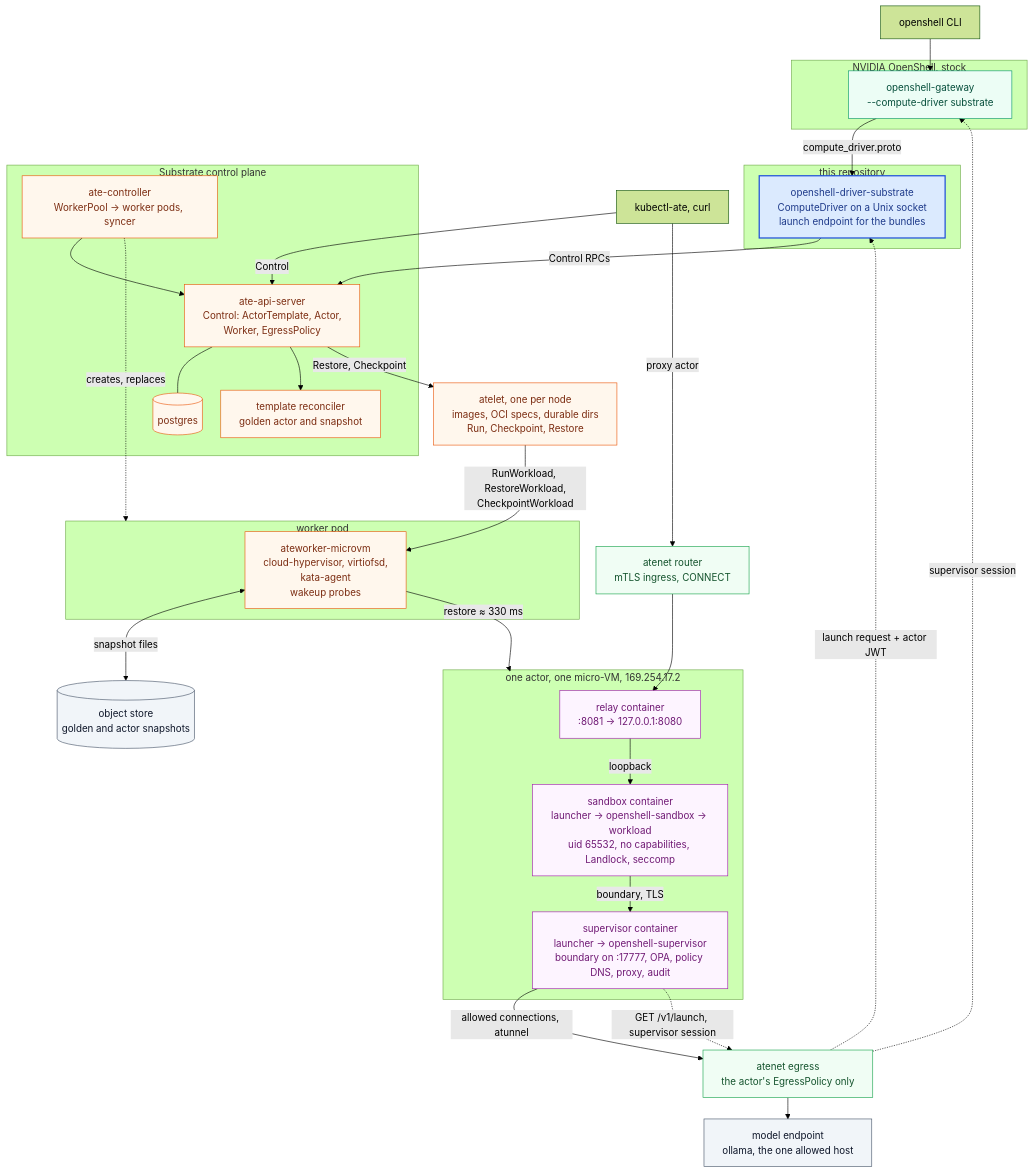
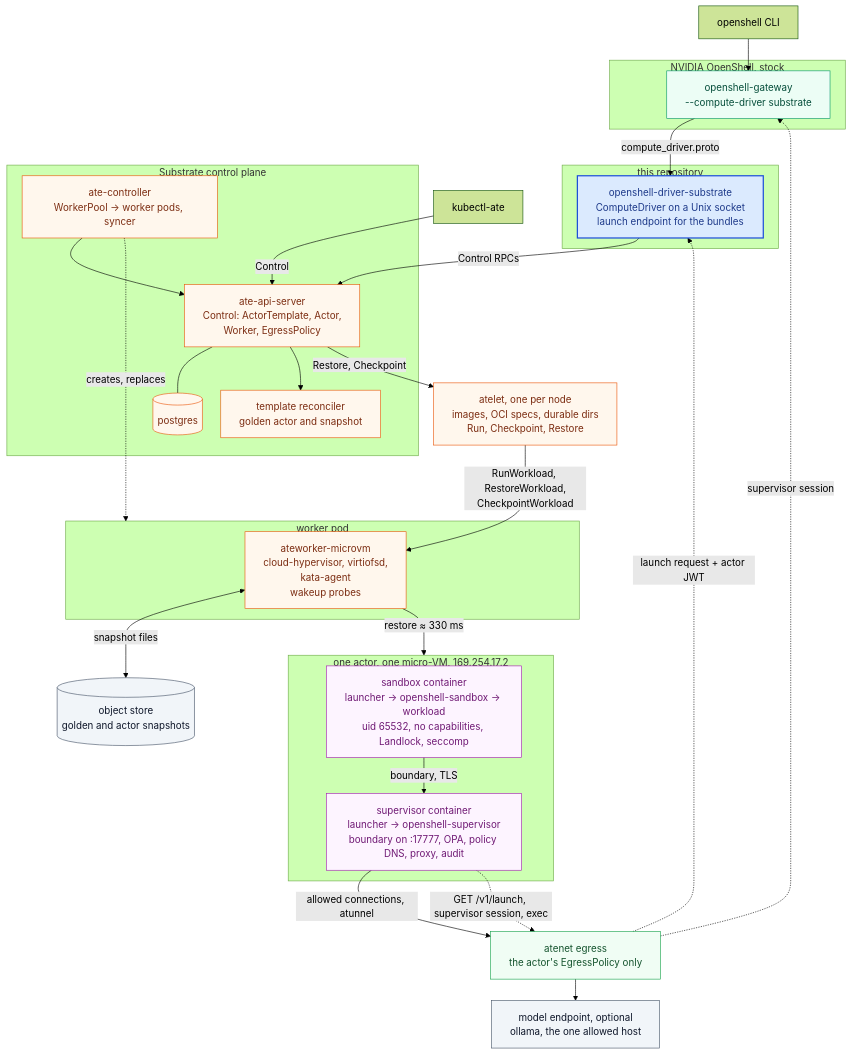
The first of 8 diagrams in docs/architecture.md (dims/openshell-driver-substrate), drawn with Mermaid (forest theme) before and after one commit. The commit also changed other lines of this file and 3 other files, not shown here.

````diff
--- a/docs/architecture.md
+++ b/docs/architecture.md
@@ -25,74 +24,69 @@
 ```mermaid
 %%{init: {"flowchart": {"wrappingWidth": 260, "nodeSpacing": 30, "rankSpacing": 35}}}%%
 flowchart TB
   classDef stock fill:#ecfdf5,stroke:#059669,color:#064e3b
   classDef ours fill:#dbeafe,stroke:#1d4ed8,color:#1e3a8a,stroke-width:2px
   classDef sub fill:#fff7ed,stroke:#ea580c,color:#7c2d12
   classDef guest fill:#fdf4ff,stroke:#a21caf,color:#701a75
   classDef store fill:#f1f5f9,stroke:#475569,color:#0f172a
   classDef edge fill:#f0fdf4,stroke:#16a34a,color:#14532d
 
   cli["openshell CLI"]
-  kate["kubectl-ate, curl"]
+  kate["kubectl-ate"]
 
   subgraph openshell["NVIDIA OpenShell, stock"]
     gw["openshell-gateway<br/>--compute-driver substrate"]
   end
 
   subgraph repo["this repository"]
     driver["openshell-driver-substrate<br/>ComputeDriver on a Unix socket<br/>launch endpoint for the bundles"]
   end
 
   subgraph substrate["Substrate control plane"]
     ctl["ate-controller<br/>WorkerPool → worker pods, syncer"]
     api["ate-api-server<br/>Control: ActorTemplate, Actor,<br/>Worker, EgressPolicy"]
     pg[("postgres")]
     recon["template reconciler<br/>golden actor and snapshot"]
     ctl --> api
     api --- pg
     api --> recon
   end
 
-  router["atenet router<br/>mTLS ingress, CONNECT"]
   atelet["atelet, one per node<br/>images, OCI specs, durable dirs<br/>Run, Checkpoint, Restore"]
 
   subgraph pod["worker pod"]
     ateom["ateworker-microvm<br/>cloud-hypervisor, virtiofsd,<br/>kata-agent<br/>wakeup probes"]
   end
 
   subgraph vm["one actor, one micro-VM, 169.254.17.2"]
-    relay["relay container<br/>:8081 → 127.0.0.1:8080"]
     sbx["sandbox container<br/>launcher → openshell-sandbox → workload<br/>uid 65532, no capabilities, Landlock, seccomp"]
     sup["supervisor container<br/>launcher → openshell-supervisor<br/>boundary on :17777, OPA, policy DNS, proxy, audit"]
-    relay -- "loopback" --> sbx
     sbx -- "boundary, TLS" --> sup
   end
 
   store[("object store<br/>golden and actor snapshots")]
   egress["atenet egress<br/>the actor's EgressPolicy only"]
-  model["model endpoint<br/>ollama, the one allowed host"]
+  model["model endpoint, optional<br/>ollama, the one allowed host"]
 
   cli --> gw
   gw -- "compute_driver.proto" --> driver
   driver -- "Control RPCs" --> api
   kate -- "Control" --> api
   api -- "Restore, Checkpoint" --> atelet
   ctl -. "creates, replaces" .-> pod
   atelet -- "RunWorkload, RestoreWorkload,<br/>CheckpointWorkload" --> ateom
   ateom -- "restore ≈ 330 ms" --> vm
   ateom <-- "snapshot files" --> store
-  kate -- "proxy actor" --> router
-  router --> relay
   sup -- "allowed connections, atunnel" --> egress
   egress --> model
-  sup -. "GET /v1/launch, supervisor session" .-> egress
+  sup -. "GET /v1/launch, supervisor session, exec" .-> egress
   egress -. "launch request + actor JWT" .-> driver
   egress -. "supervisor session" .-> gw
 
   class gw stock
   class driver ours
   class api,pg,recon,ctl,atelet,ateom sub
-  class router,egress edge
-  class sbx,sup,relay guest
+  class egress edge
+  class sbx,sup guest
   class store,model store
 ```
````
